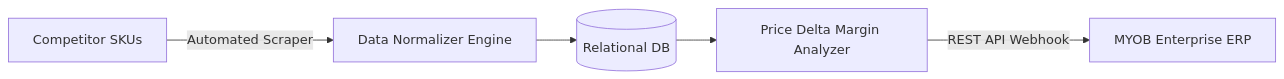
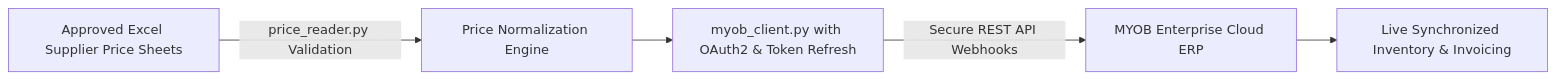
The third of 6 diagrams in README.md (shahrukh-hack/shahrukh-hack), drawn with Mermaid before and after one commit. The commit also changed other lines of this file, not shown here.

Commit message:
docs: separate pricing case studies into individual Excel, DB, and MYOB sync projects with dedicated architecture diagrams

````diff
--- a/README.md
+++ b/README.md
@@ -57,7 +92,7 @@
 ```mermaid
 graph LR
-    A[Competitor SKUs] -->|Automated Scraper| B[Data Normalizer Engine]
-    B --> C[(Relational DB)]
-    C --> D[Price Delta Margin Analyzer]
-    D -->|REST API Webhook| E[MYOB Enterprise ERP]
+    A[Approved Excel Supplier Price Sheets] -->|price_reader.py Validation| B[Price Normalization Engine]
+    B --> C[myob_client.py with OAuth2 & Token Refresh]
+    C -->|Secure REST API Webhooks| D[MYOB Enterprise Cloud ERP]
+    D --> E[Live Synchronized Inventory & Invoicing]
 ```
````
